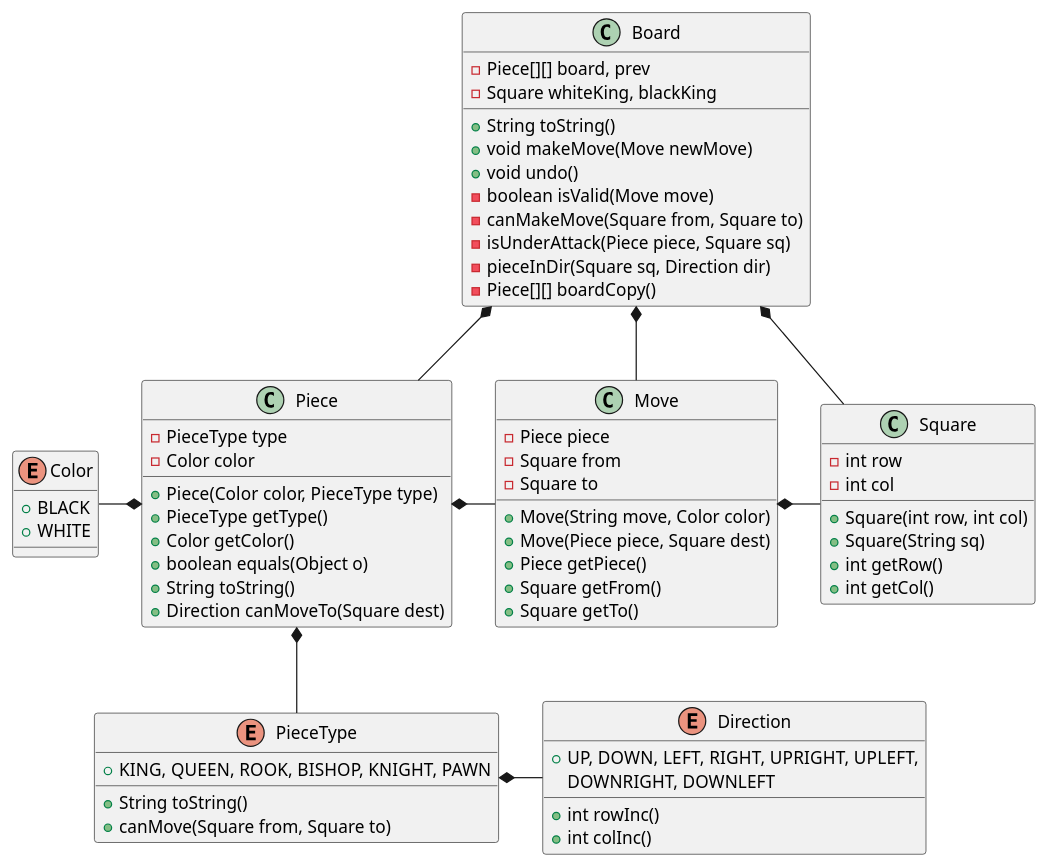
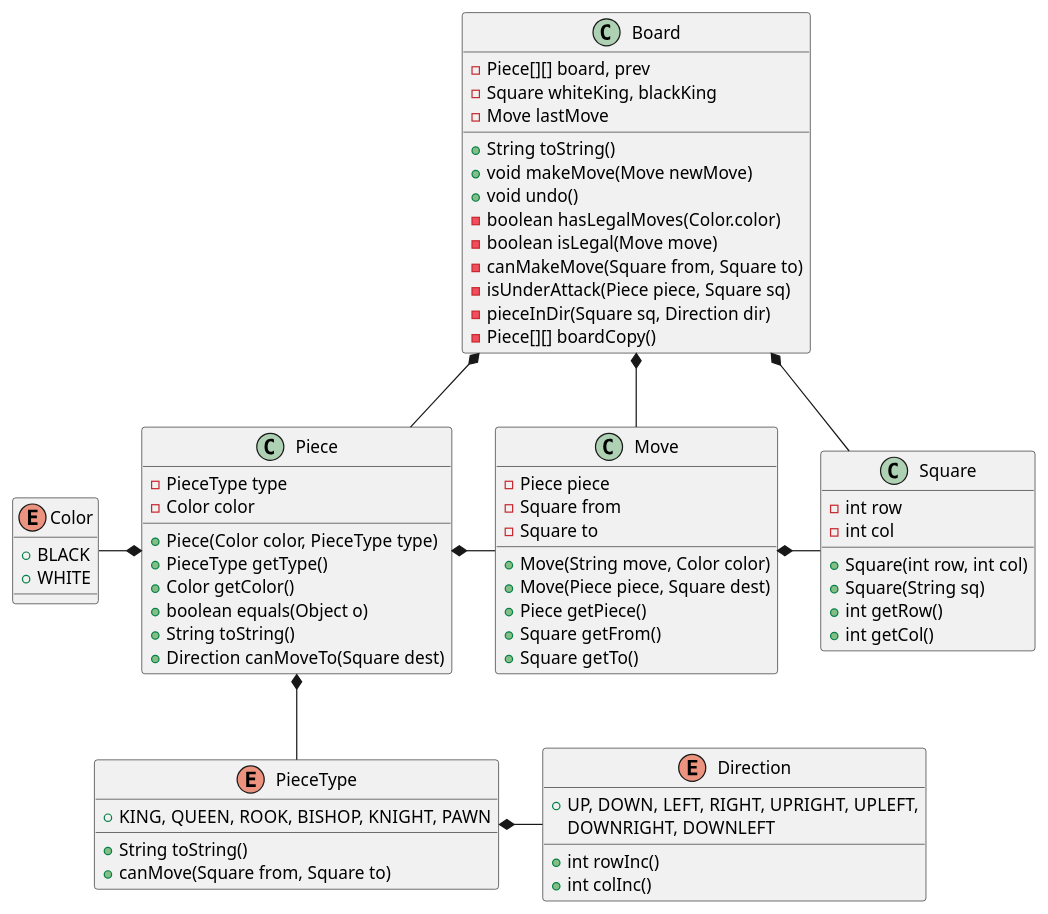
Before and after one commit to rodrihern/POO-ITBA: the diagram in src/Chess/utils/Chess_diagram.puml, drawn with PlantUML. The commit also changed 3 other files, not shown here.

```diff
--- a/src/Chess/utils/Chess_diagram.puml
+++ b/src/Chess/utils/Chess_diagram.puml
@@ -1,75 +1,77 @@
 @startuml
 
 
 class Board {
     -Piece[][] board, prev
     -Square whiteKing, blackKing
+    -Move lastMove
     +String toString()
     +void makeMove(Move newMove)
     +void undo()
-    -boolean isValid(Move move)
+    -boolean hasLegalMoves(Color.color)
+    -boolean isLegal(Move move)
     -canMakeMove(Square from, Square to)
     -isUnderAttack(Piece piece, Square sq)
     -pieceInDir(Square sq, Direction dir)
     -Piece[][] boardCopy()
 }
 
 class Piece {
     -PieceType type
     -Color color
     +Piece(Color color, PieceType type)
     +PieceType getType()
     +Color getColor()
     +boolean equals(Object o)
     +String toString()
     +Direction canMoveTo(Square dest)
 }
 
 class Move {
     -Piece piece
     -Square from
     -Square to
     +Move(String move, Color color)
     +Move(Piece piece, Square dest)
     +Piece getPiece()
     +Square getFrom()
     +Square getTo()
 }
 
 class Square {
     -int row
     -int col
     +Square(int row, int col)
     +Square(String sq)
     +int getRow()
     +int getCol()
 }
 
 enum Color {
     +BLACK
     +WHITE
 }
 
 enum Direction {
     +UP, DOWN, LEFT, RIGHT, UPRIGHT, UPLEFT,
     DOWNRIGHT, DOWNLEFT
     +int rowInc()
     +int colInc()
 }
 
 enum PieceType {
     +KING, QUEEN, ROOK, BISHOP, KNIGHT, PAWN
     +String toString()
     +canMove(Square from, Square to)
 }
 
 Board *- Move
 Board *-- Square
 Move *- Square
 Piece *- Move
 Board *-- Piece
 Piece *-- PieceType
 PieceType *- Direction
 Color -* Piece
 
 @enduml
```
